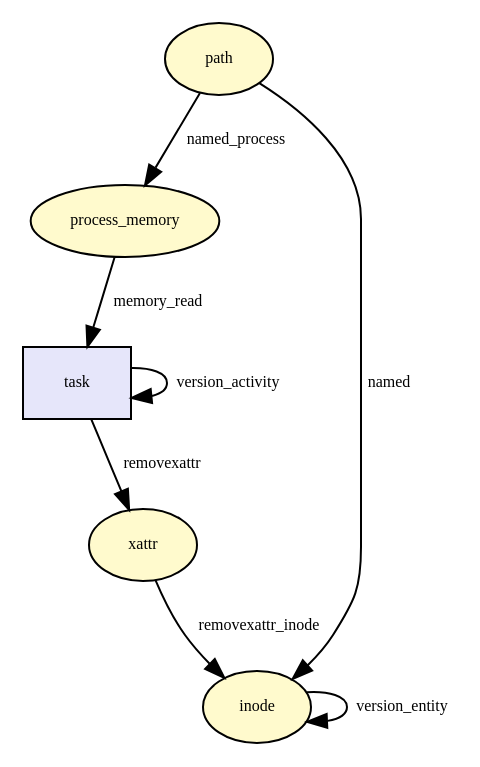
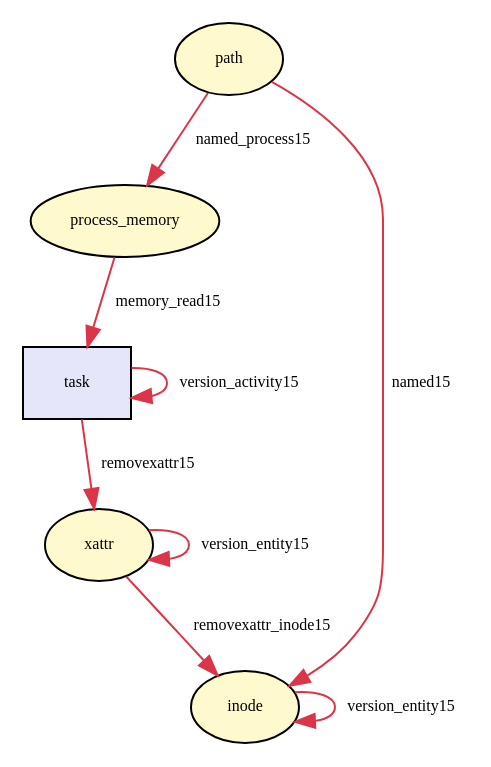
One commit to TinkerBellSystem/graph-matching changed the diagram in tmp/provenance_inode_removexattr.dot. Above: the diagram before and after it, drawn with Graphviz. The commit also changed 64 other files, not shown here.

Commit message:
drawing graph. not great

```diff
--- a/tmp/provenance_inode_removexattr.dot
+++ b/tmp/provenance_inode_removexattr.dot
@@ -1,25 +1,27 @@
 digraph RGL__DirectedAdjacencyGraph {path[fontsize = 8,label = "path",shape = ellipse, fillcolor="#fffacd", style = filled]
 
 process_memory[fontsize = 8,label = "process_memory",shape = ellipse, fillcolor="#fffacd", style = filled]
 
-path -> process_memory[fontsize = 8,label = "named_process"]
+path -> process_memory[fontsize = 8,label = "named_process15", color="#db3549"]
 
 inode[fontsize = 8,label = "inode",shape = ellipse, fillcolor="#fffacd", style = filled]
 
-path -> inode[fontsize = 8,label = "named"]
+path -> inode[fontsize = 8,label = "named15", color="#db3549"]
 
 task[fontsize = 8,label = "task",shape = rectangle, fillcolor="#e6e6fa", style = filled]
 
-process_memory -> task[fontsize = 8,label = "memory_read"]
+task -> task[fontsize = 8,label = "version_activity15", color="#db3549"]
+
+process_memory -> task[fontsize = 8,label = "memory_read15", color="#db3549"]
 
 xattr[fontsize = 8,label = "xattr",shape = ellipse, fillcolor="#fffacd", style = filled]
 
-task -> xattr[fontsize = 8,label = "removexattr"]
+xattr -> xattr[fontsize = 8,label = "version_entity15", color="#db3549"]
 
-xattr -> inode[fontsize = 8,label = "removexattr_inode"]
+task -> xattr[fontsize = 8,label = "removexattr15", color="#db3549"]
 
-task -> task[fontsize = 8,label = "version_activity"]
+inode -> inode[fontsize = 8,label = "version_entity15", color="#db3549"]
 
-inode -> inode[fontsize = 8,label = "version_entity"]
+xattr -> inode[fontsize = 8,label = "removexattr_inode15", color="#db3549"]
 
 }
```
